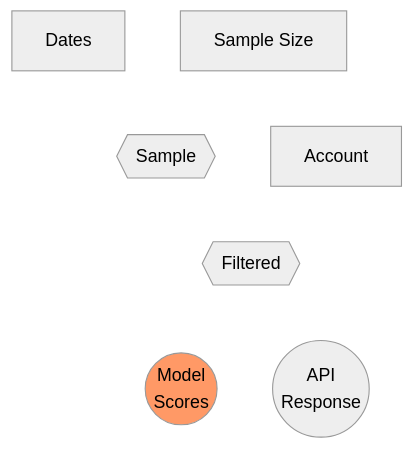
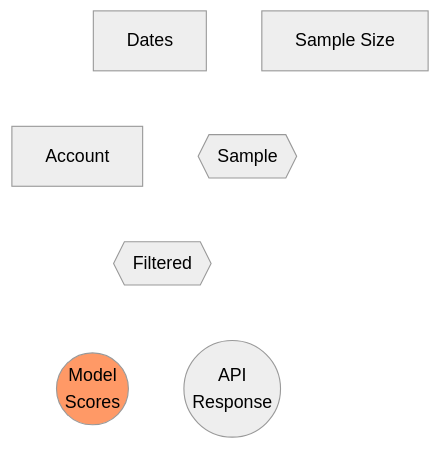
The second of 28 diagrams in _reactive-calc.qmd (gshotwell/shiny-algorithm), drawn with Mermaid (neutral theme) before and after one commit. The commit also changed other lines of this file and 3 other files, not shown here.

````diff
--- a/_reactive-calc.qmd
+++ b/_reactive-calc.qmd
@@ -18,13 +18,13 @@
 ```{mermaid}
 %%| fig-width: 4
 flowchart TD
   D[Dates] --> Sa{{Sample}}
   S[Sample Size] --> Sa
+  A[Account] --> F
   Sa --> F{{Filtered}}
-  A[Account] --> F
   F --> P2((Model\nScores)):::changed
   F --> P1((API\nResponse))
   
   classDef changed fill:#f96
   linkStyle 0,1,2,3,4,5 display:none
 ```
````
